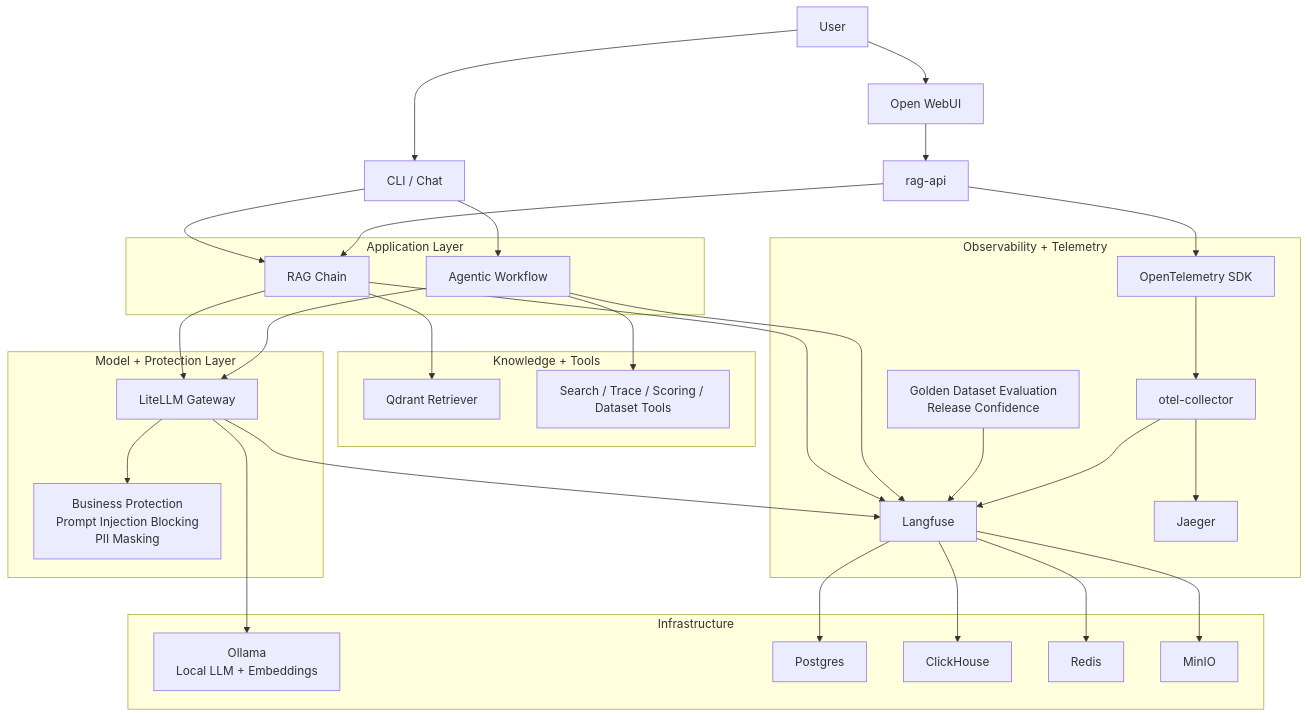
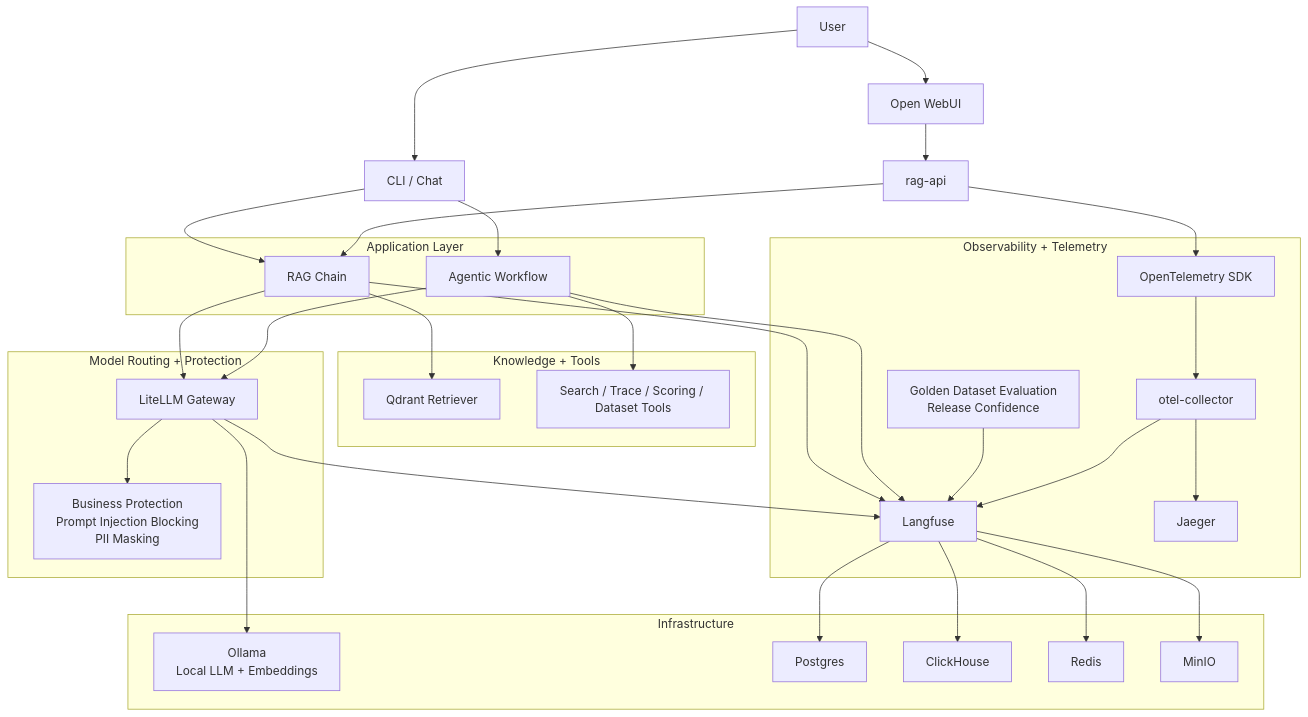
One commit to glaborie/agentguard changed the diagram in README.md. Above: the diagram before and after it, drawn with Mermaid. The commit also changed other lines of this file, not shown here.

````diff
--- a/README.md
+++ b/README.md
@@ -45,68 +45,68 @@
 ```mermaid
 flowchart TD
     U[User]
     CLI[CLI / Chat]
     WEB[Open WebUI]
     API[rag-api]
 
     U --> CLI
     U --> WEB
     WEB --> API
     CLI --> RAG
     CLI --> AGENT
     API --> RAG
 
     subgraph App["Application Layer"]
         RAG[RAG Chain]
         AGENT[Agentic Workflow]
     end
 
     subgraph Knowledge["Knowledge + Tools"]
         Q[Qdrant Retriever]
         TOOLS[Search / Trace / Scoring / Dataset Tools]
     end
 
-    subgraph Model["Model + Protection Layer"]
+    subgraph Model["Model Routing + Protection"]
         LLM[LiteLLM Gateway]
         PROTECT[Business Protection<br/>Prompt Injection Blocking<br/>PII Masking]
     end
 
     subgraph Telemetry["Observability + Telemetry"]
         LF[Langfuse]
         OTEL[OpenTelemetry SDK]
         COLLECTOR[otel-collector]
         JAEGER[Jaeger]
         EVAL[Golden Dataset Evaluation<br/>Release Confidence]
     end
 
     subgraph Infra["Infrastructure"]
         OLLAMA[Ollama<br/>Local LLM + Embeddings]
         PG[Postgres]
         CH[ClickHouse]
         REDIS[Redis]
         MINIO[MinIO]
     end
 
     RAG --> Q
     RAG --> LLM
     AGENT --> TOOLS
     AGENT --> LLM
 
     LLM --> PROTECT
     LLM --> OLLAMA
 
     RAG --> LF
     AGENT --> LF
     LLM --> LF
     EVAL --> LF
 
     API --> OTEL
     OTEL --> COLLECTOR
     COLLECTOR --> JAEGER
     COLLECTOR --> LF
 
     LF --> PG
     LF --> CH
     LF --> REDIS
     LF --> MINIO
 ```
````
